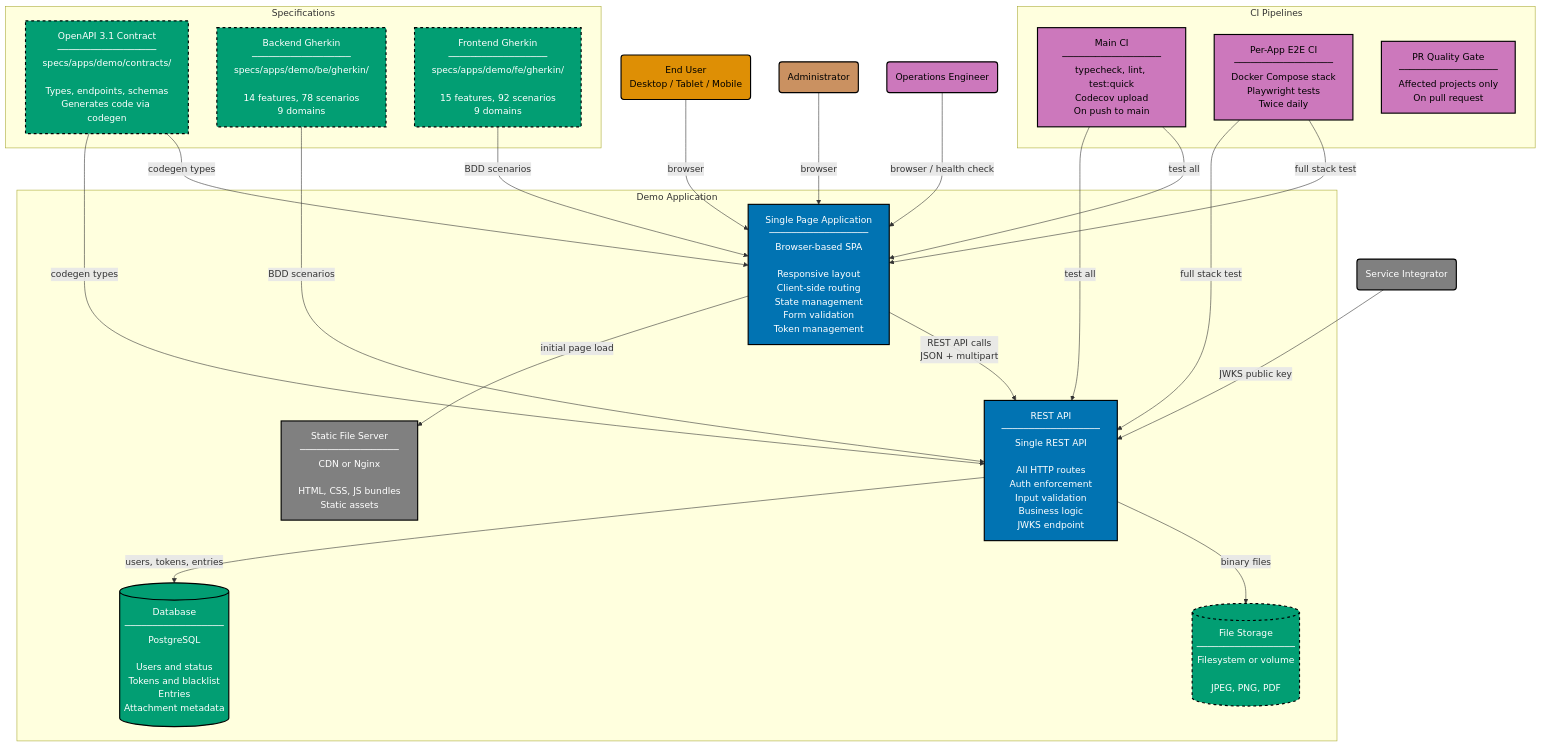
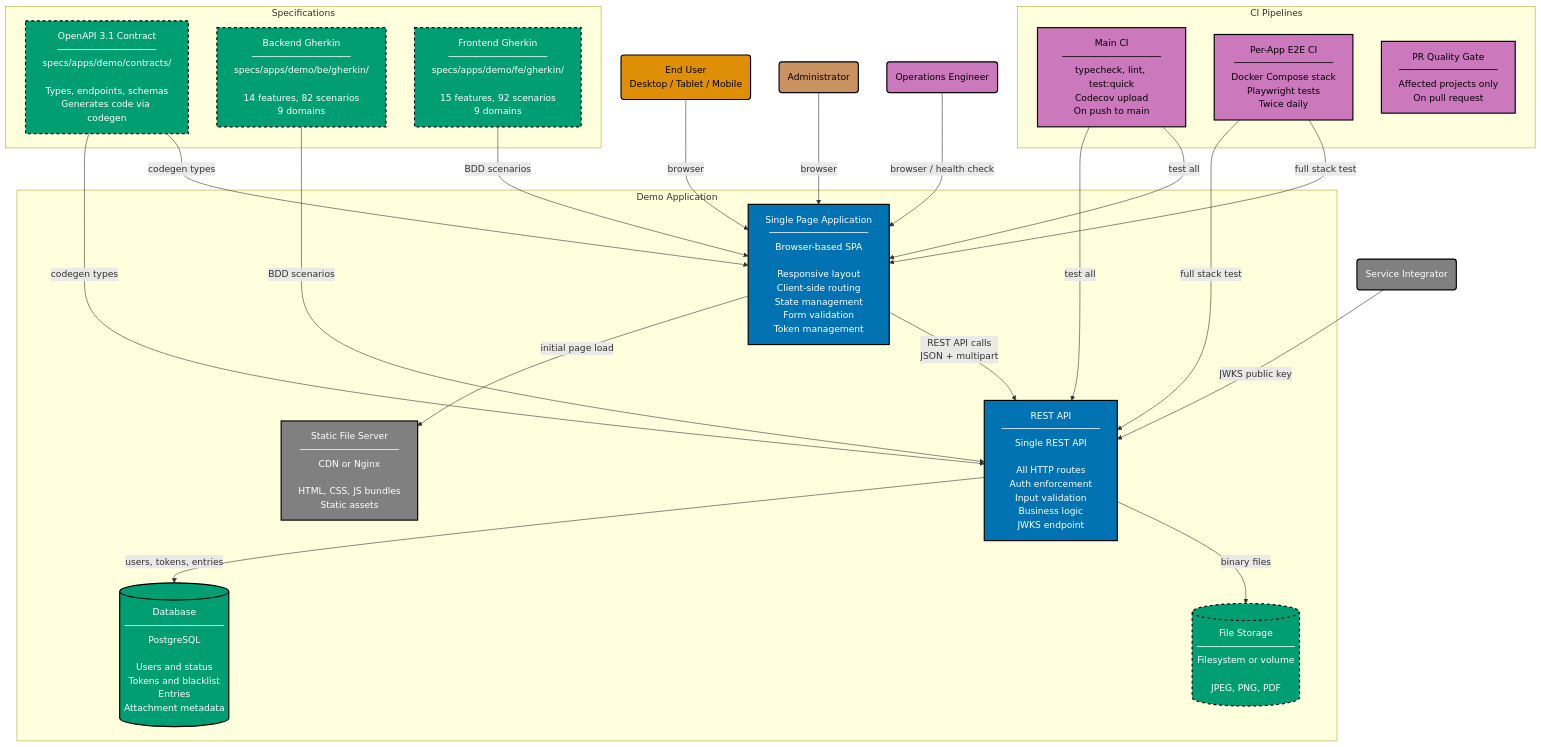
Before and after one commit to wahidyankf/open-sharia-enterprise: the diagram in specs/apps/demo/c4/container.md, drawn with Mermaid. The commit also changed 3 other files, not shown here.

````diff
--- a/specs/apps/demo/c4/container.md
+++ b/specs/apps/demo/c4/container.md
@@ -13,69 +13,69 @@
 ```mermaid
 %% Color Palette: Blue #0173B2 | Orange #DE8F05 | Teal #029E73 | Purple #CC78BC | Brown #CA9161 | Gray #808080
 graph TD
     EU("End User<br/>Desktop / Tablet / Mobile"):::actor
     ADM("Administrator"):::actor_admin
     OPS("Operations Engineer"):::actor_ops
     SI("Service Integrator"):::actor_si
 
     subgraph SYSTEM["Demo Application"]
         SPA["Single Page Application<br/>──────────────────<br/>Browser-based SPA<br/><br/>Responsive layout<br/>Client-side routing<br/>State management<br/>Form validation<br/>Token management"]:::container_fe
 
         STATIC["Static File Server<br/>──────────────────<br/>CDN or Nginx<br/><br/>HTML, CSS, JS bundles<br/>Static assets"]:::infra
 
         API["REST API<br/>──────────────────<br/>Single REST API<br/><br/>All HTTP routes<br/>Auth enforcement<br/>Input validation<br/>Business logic<br/>JWKS endpoint"]:::container_be
 
         DB[("Database<br/>──────────────────<br/>PostgreSQL<br/><br/>Users and status<br/>Tokens and blacklist<br/>Entries<br/>Attachment metadata")]:::datastore
 
         FS[("File Storage<br/>──────────────────<br/>Filesystem or volume<br/><br/>JPEG, PNG, PDF")]:::filestorage
     end
 
     subgraph SPECS["Specifications"]
         CONTRACT["OpenAPI 3.1 Contract<br/>──────────────────<br/>specs/apps/demo/contracts/<br/><br/>Types, endpoints, schemas<br/>Generates code via codegen"]:::spec
 
-        BE_GHERKIN["Backend Gherkin<br/>──────────────────<br/>specs/apps/demo/be/gherkin/<br/><br/>14 features, 78 scenarios<br/>9 domains"]:::spec
+        BE_GHERKIN["Backend Gherkin<br/>──────────────────<br/>specs/apps/demo/be/gherkin/<br/><br/>14 features, 82 scenarios<br/>9 domains"]:::spec
 
         FE_GHERKIN["Frontend Gherkin<br/>──────────────────<br/>specs/apps/demo/fe/gherkin/<br/><br/>15 features, 92 scenarios<br/>9 domains"]:::spec
     end
 
     subgraph CICD["CI Pipelines"]
         MAIN_CI["Main CI<br/>──────────────────<br/>typecheck, lint, test:quick<br/>Codecov upload<br/>On push to main"]:::ci
 
         E2E_CI["Per-App E2E CI<br/>──────────────────<br/>Docker Compose stack<br/>Playwright tests<br/>Twice daily"]:::ci
 
         PR_CI["PR Quality Gate<br/>──────────────────<br/>Affected projects only<br/>On pull request"]:::ci
     end
 
     EU -->|"browser"| SPA
     ADM -->|"browser"| SPA
     OPS -->|"browser / health check"| SPA
     SI -->|"JWKS public key"| API
 
     SPA -->|"initial page load"| STATIC
     SPA -->|"REST API calls<br/>JSON + multipart"| API
 
     API -->|"users, tokens, entries"| DB
     API -->|"binary files"| FS
 
     CONTRACT -->|"codegen types"| API
     CONTRACT -->|"codegen types"| SPA
     BE_GHERKIN -->|"BDD scenarios"| API
     FE_GHERKIN -->|"BDD scenarios"| SPA
 
     MAIN_CI -->|"test all"| API
     MAIN_CI -->|"test all"| SPA
     E2E_CI -->|"full stack test"| API
     E2E_CI -->|"full stack test"| SPA
 
     classDef actor fill:#DE8F05,stroke:#000000,color:#000000,stroke-width:2px
     classDef actor_admin fill:#CA9161,stroke:#000000,color:#000000,stroke-width:2px
     classDef actor_ops fill:#CC78BC,stroke:#000000,color:#000000,stroke-width:2px
     classDef actor_si fill:#808080,stroke:#000000,color:#FFFFFF,stroke-width:2px
     classDef container_fe fill:#0173B2,stroke:#000000,color:#FFFFFF,stroke-width:2px
     classDef container_be fill:#0173B2,stroke:#000000,color:#FFFFFF,stroke-width:2px
     classDef infra fill:#808080,stroke:#000000,color:#FFFFFF,stroke-width:2px
     classDef datastore fill:#029E73,stroke:#000000,color:#FFFFFF,stroke-width:2px
     classDef filestorage fill:#029E73,stroke:#000000,color:#FFFFFF,stroke-width:2px,stroke-dasharray:5 5
     classDef spec fill:#029E73,stroke:#000000,color:#FFFFFF,stroke-width:2px,stroke-dasharray:5 5
     classDef ci fill:#CC78BC,stroke:#000000,color:#000000,stroke-width:2px
 ```
````
